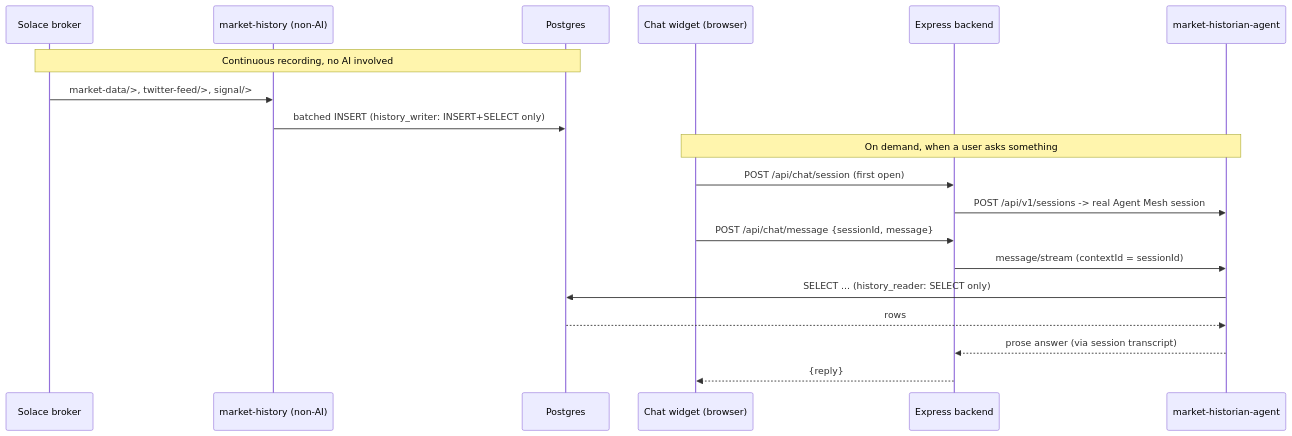
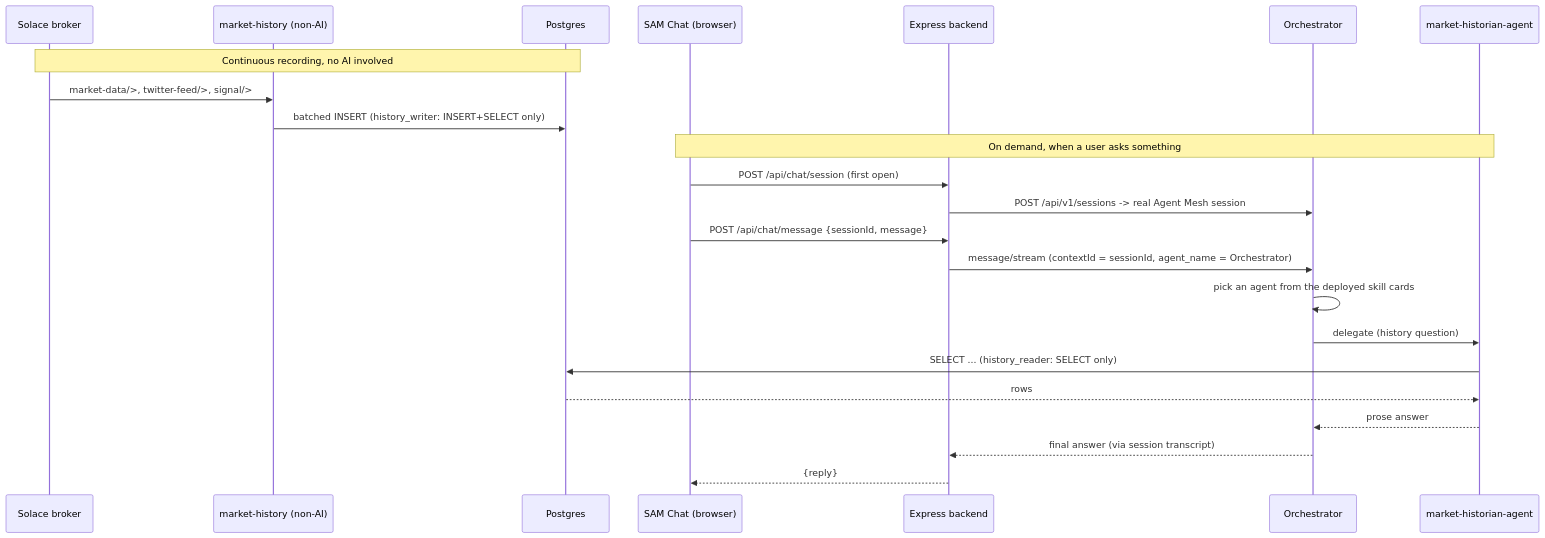
The fifth of 5 diagrams in README.md (himoacs/trading-dashboard-solace), drawn with Mermaid before and after one commit. The commit also changed other lines of this file and 3 other files, not shown here.

````diff
--- a/README.md
+++ b/README.md
@@ -290,23 +303,27 @@
 ```mermaid
 sequenceDiagram
     participant Broker as Solace broker
     participant MH as market-history (non-AI)
     participant PG as Postgres
-    participant CW as Chat widget (browser)
+    participant CW as SAM Chat (browser)
     participant BE as Express backend
+    participant ORCH as Orchestrator
     participant HA as market-historian-agent
 
     Note over Broker,PG: Continuous recording, no AI involved
     Broker->>MH: market-data/>, twitter-feed/>, signal/>
     MH->>PG: batched INSERT (history_writer: INSERT+SELECT only)
 
     Note over CW,HA: On demand, when a user asks something
     CW->>BE: POST /api/chat/session  (first open)
-    BE->>HA: POST /api/v1/sessions  -> real Agent Mesh session
+    BE->>ORCH: POST /api/v1/sessions  -> real Agent Mesh session
     CW->>BE: POST /api/chat/message {sessionId, message}
-    BE->>HA: message/stream (contextId = sessionId)
+    BE->>ORCH: message/stream (contextId = sessionId, agent_name = Orchestrator)
+    ORCH->>ORCH: pick an agent from the deployed skill cards
+    ORCH->>HA: delegate (history question)
     HA->>PG: SELECT ... (history_reader: SELECT only)
     PG-->>HA: rows
-    HA-->>BE: prose answer (via session transcript)
+    HA-->>ORCH: prose answer
+    ORCH-->>BE: final answer (via session transcript)
     BE-->>CW: {reply}
 ```
````
